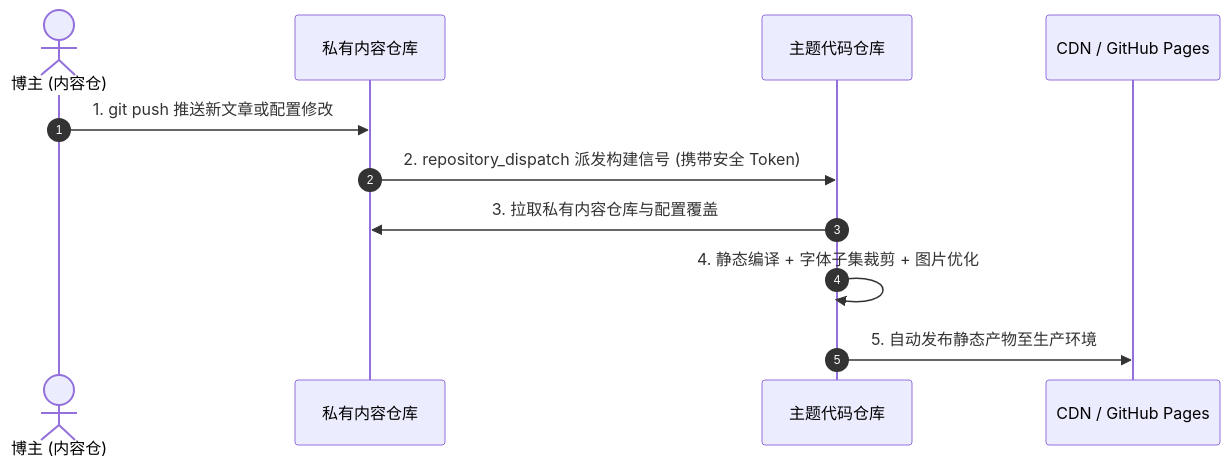
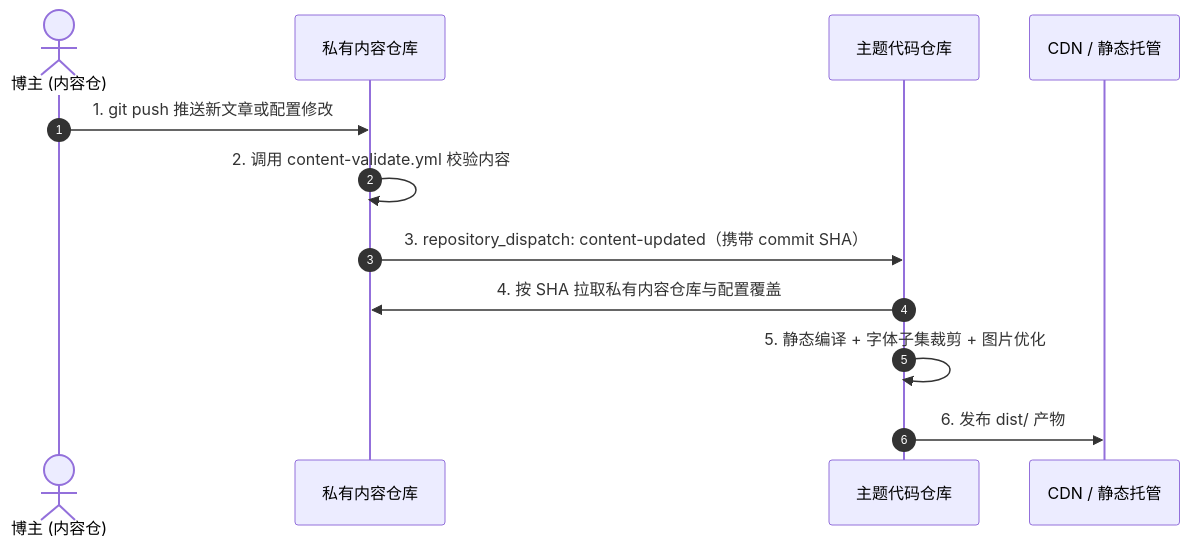
The diagram in docs/guide/content-separation/ci-dispatch/README.md (LyraVoid/Shirone-Docs), drawn with Mermaid before and after one commit. The commit also changed other lines of this file and 3 other files, not shown here.

````diff
--- a/docs/guide/content-separation/ci-dispatch/README.md
+++ b/docs/guide/content-separation/ci-dispatch/README.md
@@ -11,14 +14,15 @@
 ```mermaid
 sequenceDiagram
     autonumber
     actor Author as 博主 (内容仓)
     participant ContentRepo as 私有内容仓库
     participant ThemeRepo as 主题代码仓库
-    participant DeployTarget as CDN / GitHub Pages
+    participant DeployTarget as CDN / 静态托管
 
     Author->>ContentRepo: 1. git push 推送新文章或配置修改
-    ContentRepo->>ThemeRepo: 2. repository_dispatch 派发构建信号 (携带安全 Token)
-    ThemeRepo->>ContentRepo: 3. 拉取私有内容仓库与配置覆盖
-    ThemeRepo->>ThemeRepo: 4. 静态编译 + 字体子集裁剪 + 图片优化
-    ThemeRepo->>DeployTarget: 5. 自动发布静态产物至生产环境
+    ContentRepo->>ContentRepo: 2. 调用 content-validate.yml 校验内容
+    ContentRepo->>ThemeRepo: 3. repository_dispatch: content-updated（携带 commit SHA）
+    ThemeRepo->>ContentRepo: 4. 按 SHA 拉取私有内容仓库与配置覆盖
+    ThemeRepo->>ThemeRepo: 5. 静态编译 + 字体子集裁剪 + 图片优化
+    ThemeRepo->>DeployTarget: 6. 发布 dist/ 产物
 ```
````
